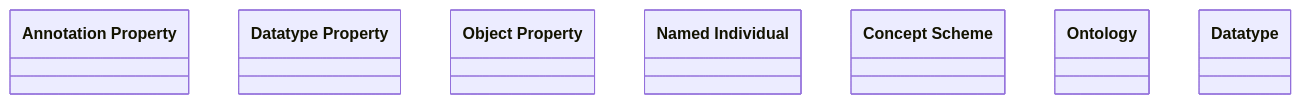
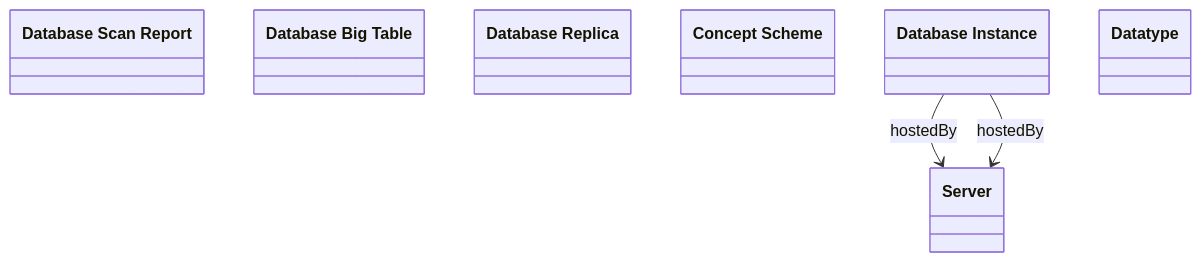
The diagram in output/ieswc_leng/database.ttl-leng-7-0-hard.md (oeg-upm/Devos), drawn with Mermaid before and after one commit. The commit also changed 267 other files, not shown here.

````diff
--- a/output/ieswc_leng/database.ttl-leng-7-0-hard.md
+++ b/output/ieswc_leng/database.ttl-leng-7-0-hard.md
@@ -1,35 +1,39 @@
 ```mermaid
 	classDiagram
 
     
-    class `Annotation Property` {
+    class `Database Scan Report` {
     
     }
 
-    class `Datatype Property` {
+    class `Database Big Table` {
     
     }
 
-    class `Object Property` {
-    
-    }
-
-    class `Named Individual` {
+    class `Database Replica` {
     
     }
 
     class `Concept Scheme` {
     
     }
 
-    class `Ontology` {
+    class `Database Instance` {
+    
+    }
+
+    class `Server` {
     
     }
 
     class `Datatype` {
     
     }
 
 
 
+`Database Instance`  --> `Server`   :hostedBy  
+
+`Database Instance`  --> `Server`   :hostedBy  
+
 ```
````
